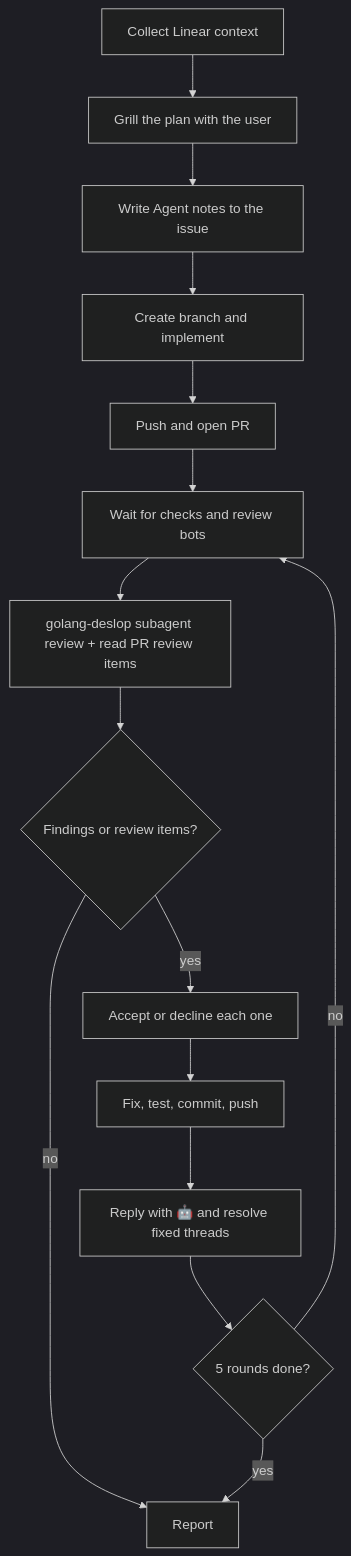
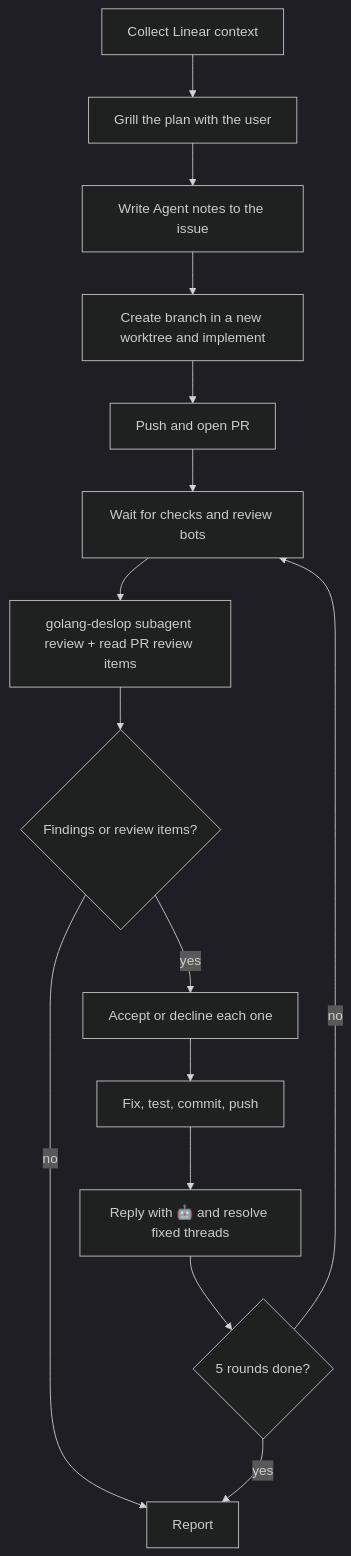
The diagram in skills/bot-implement/README.md (crosleyzack/skills), drawn with Mermaid (dark theme) before and after one commit. The commit also changed other lines of this file and 1 other file, not shown here.

Commit message:
feat: implement bot-implement work in a new worktree

````diff
--- a/skills/bot-implement/README.md
+++ b/skills/bot-implement/README.md
@@ -16,17 +16,17 @@
 ```mermaid
 flowchart TD
     A[Collect Linear context] --> B[Grill the plan with the user]
     B --> C[Write Agent notes to the issue]
-    C --> D[Create branch and implement]
+    C --> D[Create branch in a new worktree and implement]
     D --> E[Push and open PR]
     E --> W[Wait for checks and review bots]
     W --> F[golang-deslop subagent review + read PR review items]
     F --> G{Findings or review items?}
     G -- no --> R[Report]
     G -- yes --> H[Accept or decline each one]
     H --> I[Fix, test, commit, push]
     I --> J[Reply with 🤖 and resolve fixed threads]
     J --> K{5 rounds done?}
     K -- no --> W
     K -- yes --> R
 ```
````
